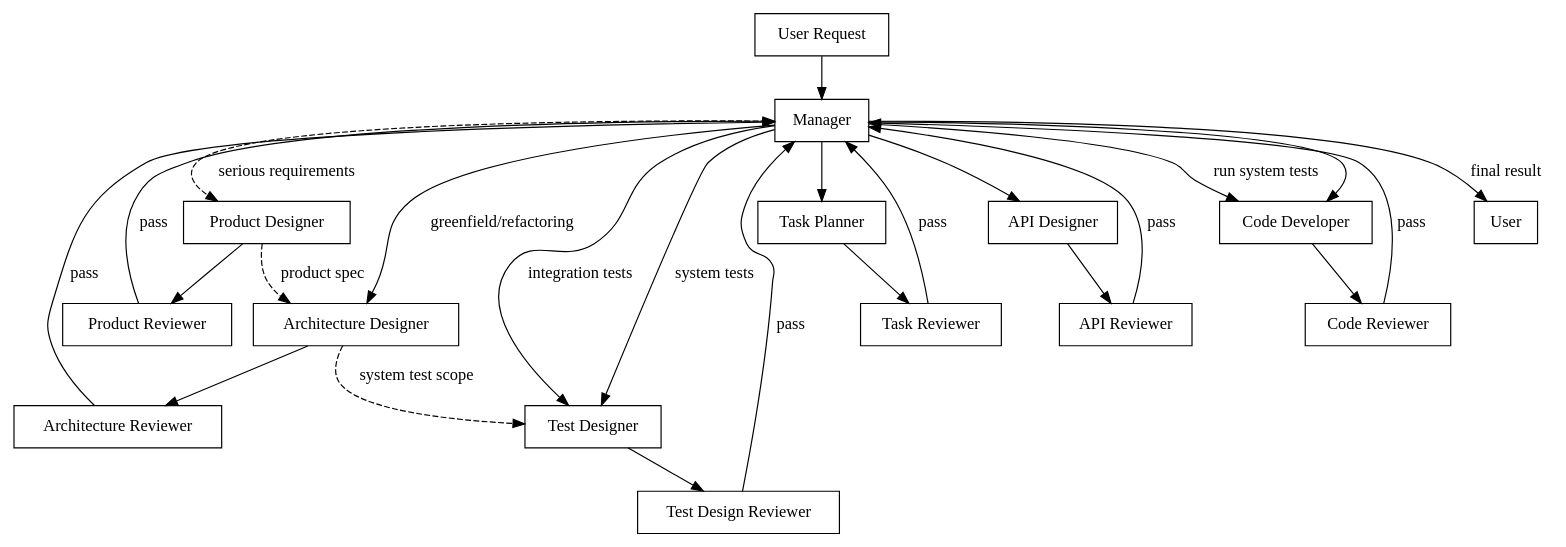
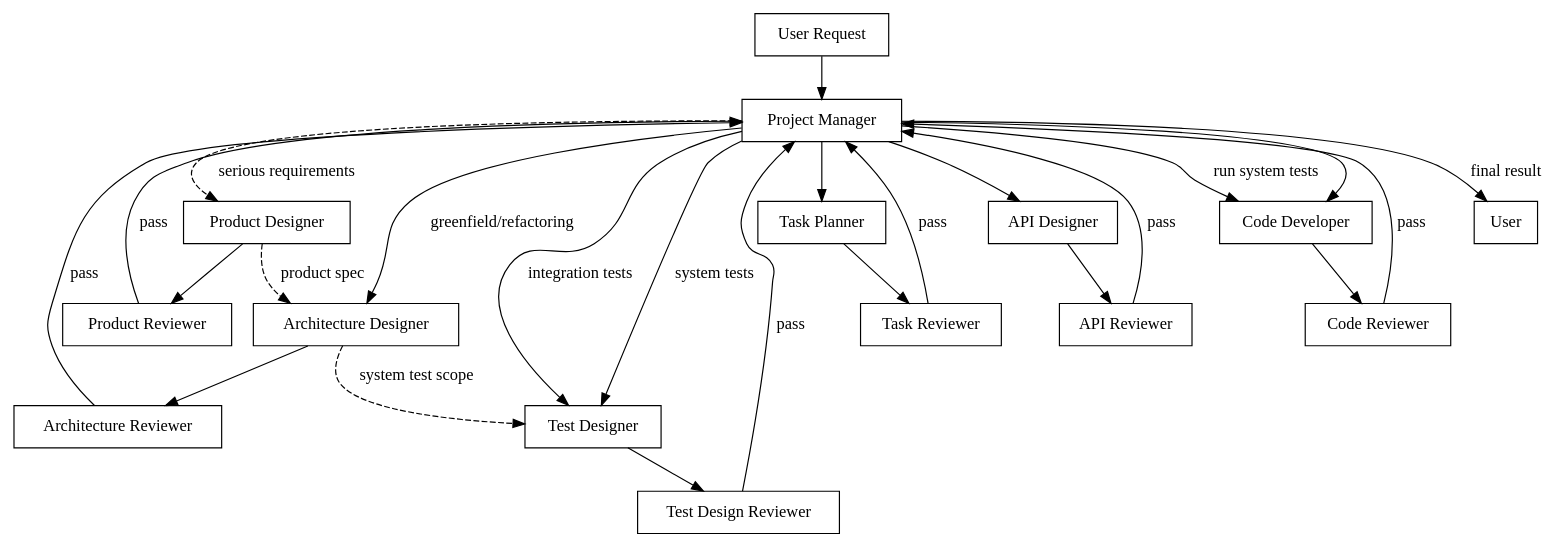
Before and after one commit to Qume2005/development-team: the diagram in system.md, drawn with Graphviz. The commit also changed other lines of this file and 19 other files, not shown here.

Commit message:
refactor: rename skill to DevelopmentTeam, manager to Project Manager

````diff
--- a/system.md
+++ b/system.md
@@ -7,30 +7,30 @@
 ```dot
 digraph context_flow {
   rankdir=TB;
   node [shape=box];
-  "User Request" -> "Manager";
-  "Manager" -> "Product Designer" [label="serious requirements", style=dashed];
+  "User Request" -> "Project Manager";
+  "Project Manager" -> "Product Designer" [label="serious requirements", style=dashed];
   "Product Designer" -> "Product Reviewer";
-  "Product Reviewer" -> "Manager" [label="pass"];
-  "Manager" -> "Architecture Designer" [label="greenfield/refactoring"];
+  "Product Reviewer" -> "Project Manager" [label="pass"];
+  "Project Manager" -> "Architecture Designer" [label="greenfield/refactoring"];
   "Architecture Designer" -> "Architecture Reviewer";
-  "Architecture Reviewer" -> "Manager" [label="pass"];
-  "Manager" -> "Task Planner";
+  "Architecture Reviewer" -> "Project Manager" [label="pass"];
+  "Project Manager" -> "Task Planner";
   "Task Planner" -> "Task Reviewer";
-  "Task Reviewer" -> "Manager" [label="pass"];
-  "Manager" -> "API Designer";
+  "Task Reviewer" -> "Project Manager" [label="pass"];
+  "Project Manager" -> "API Designer";
   "API Designer" -> "API Reviewer";
-  "API Reviewer" -> "Manager" [label="pass"];
-  "Manager" -> "Test Designer" [label="integration tests"];
+  "API Reviewer" -> "Project Manager" [label="pass"];
+  "Project Manager" -> "Test Designer" [label="integration tests"];
   "Test Designer" -> "Test Design Reviewer";
-  "Test Design Reviewer" -> "Manager" [label="pass"];
-  "Manager" -> "Code Developer";
+  "Test Design Reviewer" -> "Project Manager" [label="pass"];
+  "Project Manager" -> "Code Developer";
   "Code Developer" -> "Code Reviewer";
-  "Code Reviewer" -> "Manager" [label="pass"];
-  "Manager" -> "Test Designer" [label="system tests"];
-  "Manager" -> "Code Developer" [label="run system tests"];
-  "Manager" -> "User" [label="final result"];
+  "Code Reviewer" -> "Project Manager" [label="pass"];
+  "Project Manager" -> "Test Designer" [label="system tests"];
+  "Project Manager" -> "Code Developer" [label="run system tests"];
+  "Project Manager" -> "User" [label="final result"];
   "Architecture Designer" -> "Test Designer" [label="system test scope", style=dashed];
   "Product Designer" -> "Architecture Designer" [label="product spec", style=dashed];
 }
 ```
````
